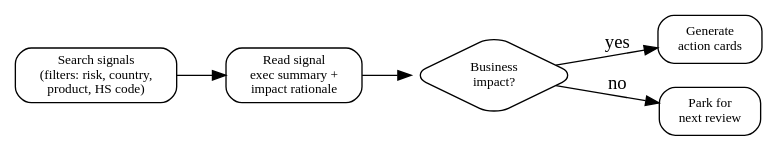
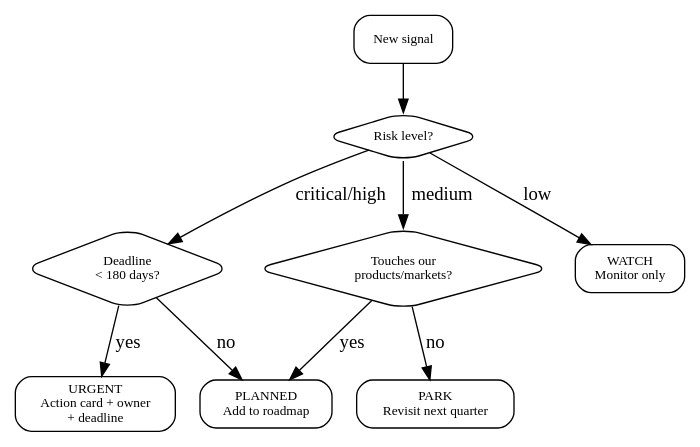
Before and after one commit to Cleo-Labs-IA/skills_library: the diagram in skills/regulatory-intelligence/SKILL.md, drawn with Graphviz. The commit also changed other lines of this file and 14 other files, not shown here.

````diff
--- a/skills/regulatory-intelligence/SKILL.md
+++ b/skills/regulatory-intelligence/SKILL.md
@@ -22,13 +31,21 @@
 ```dot
 digraph triage {
-  rankdir=LR; node [shape=box style=rounded fontsize=10];
-  search [label="Search signals\n(filters: risk, country,\nproduct, HS code)"];
-  assess [label="Read signal\nexec summary +\nimpact rationale"];
-  decide [label="Business\nimpact?" shape=diamond];
-  action [label="Generate\naction cards"];
-  park [label="Park for\nnext review"];
-  search -> assess -> decide;
-  decide -> action [label="yes"];
-  decide -> park [label="no"];
+  rankdir=TB; node [shape=box style=rounded fontsize=10];
+  new [label="New signal"];
+  risk [label="Risk level?" shape=diamond];
+  deadline [label="Deadline\n< 180 days?" shape=diamond];
+  impact [label="Touches our\nproducts/markets?" shape=diamond];
+  urgent [label="URGENT\nAction card + owner\n+ deadline"];
+  plan [label="PLANNED\nAdd to roadmap"];
+  park [label="PARK\nRevisit next quarter"];
+  watch [label="WATCH\nMonitor only"];
+  new -> risk;
+  risk -> deadline [label="critical/high"];
+  risk -> impact [label="medium"];
+  risk -> watch [label="low"];
+  deadline -> urgent [label="yes"];
+  deadline -> plan [label="no"];
+  impact -> plan [label="yes"];
+  impact -> park [label="no"];
 }
 ```
````
